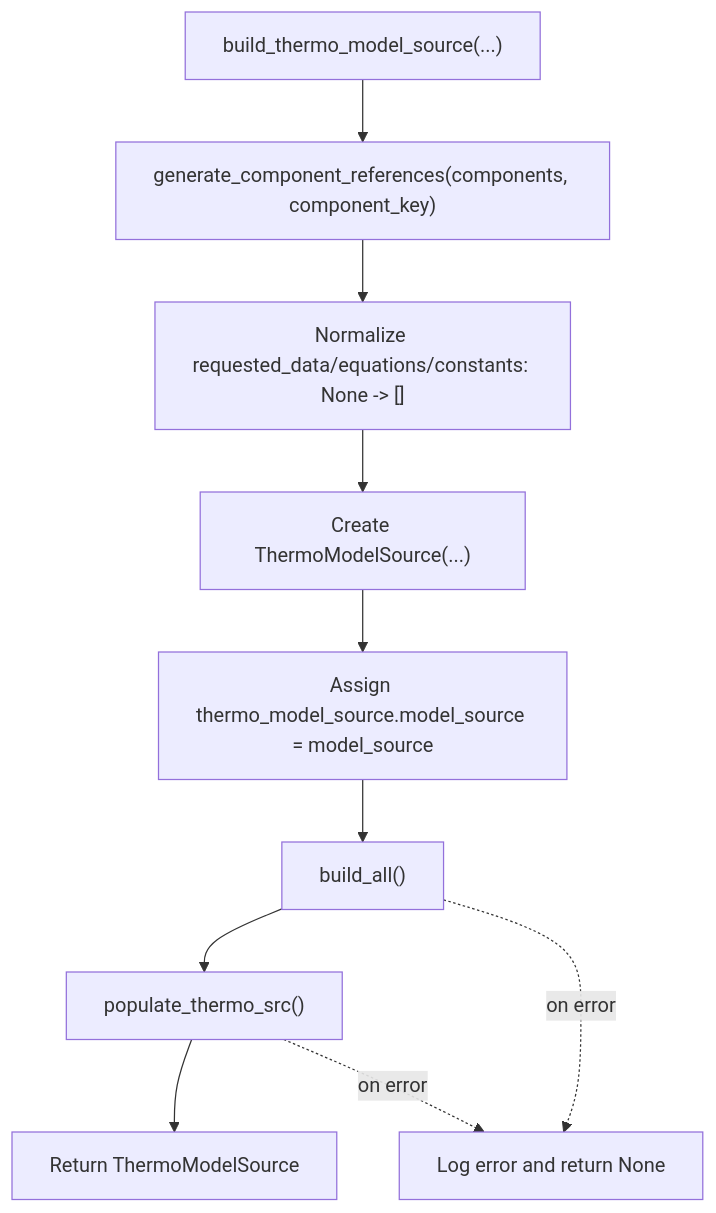
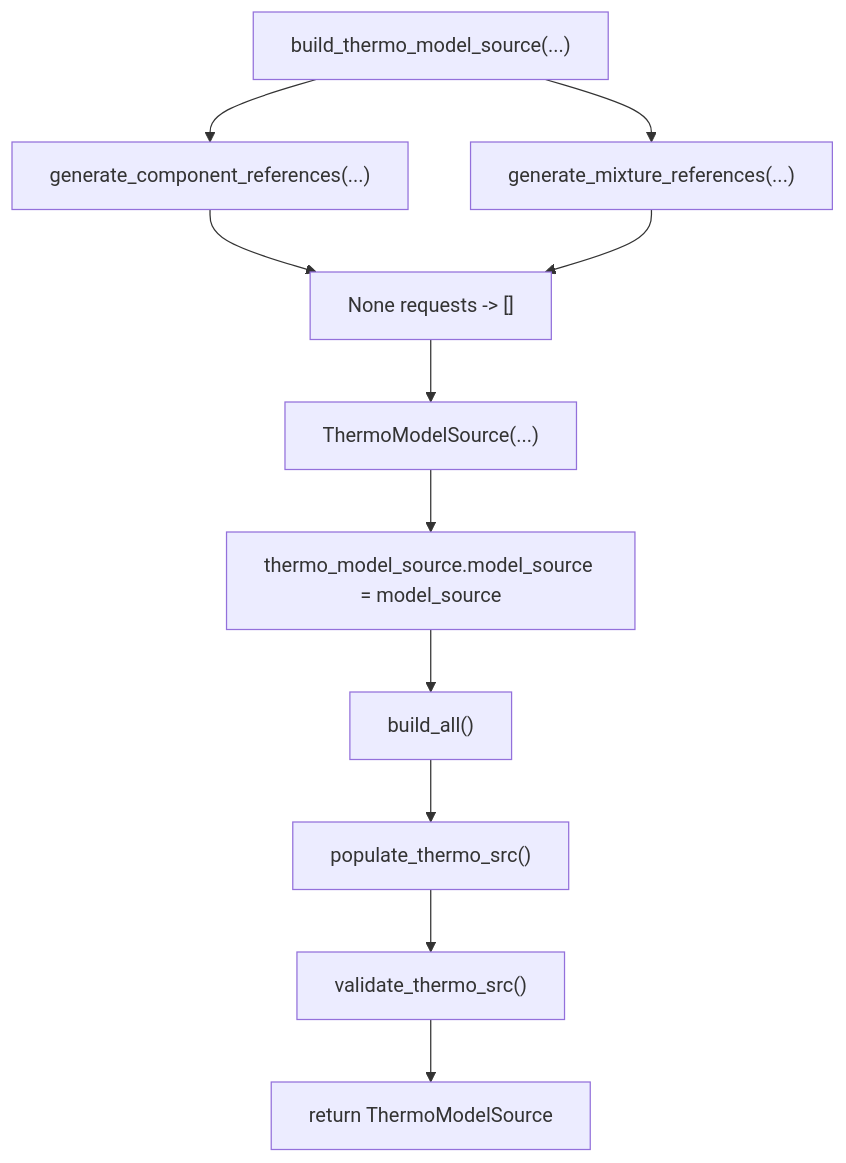
The third of 4 diagrams in diagrams/ThermoModelSource.md (sinagilassi/PyThermoLinkDB), drawn with Mermaid before and after one commit. The commit also changed other lines of this file, not shown here.

Commit message:
Refactor ThermoModelSource documentation to clarify builder layer and relationships between components, mixtures, and constants

````diff
--- a/diagrams/ThermoModelSource.md
+++ b/diagrams/ThermoModelSource.md
@@ -113,12 +233,13 @@
 ```mermaid
 flowchart TD
-    A["build_thermo_model_source(...)"] --> B["generate_component_references(components, component_key)"]
-    B --> C["Normalize requested_data/equations/constants: None -> []"]
-    C --> D["Create ThermoModelSource(...)"]
-    D --> E["Assign thermo_model_source.model_source = model_source"]
-    E --> F["build_all()"]
-    F --> G["populate_thermo_src()"]
-    G --> H["Return ThermoModelSource"]
-    F -. on error .-> I["Log error and return None"]
-    G -. on error .-> I
+    A["build_thermo_model_source(...)"] --> B["generate_component_references(...)"]
+    A --> C["generate_mixture_references(...)"]
+    B --> D["None requests -> []"]
+    C --> D
+    D --> E["ThermoModelSource(...)"]
+    E --> F["thermo_model_source.model_source = model_source"]
+    F --> G["build_all()"]
+    G --> H["populate_thermo_src()"]
+    H --> I["validate_thermo_src()"]
+    I --> J["return ThermoModelSource"]
 ```
````
